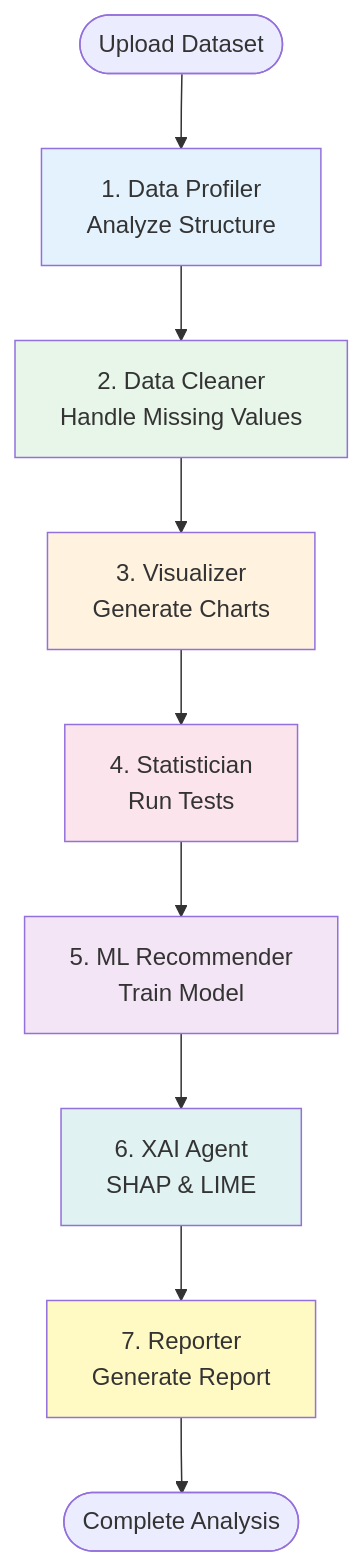
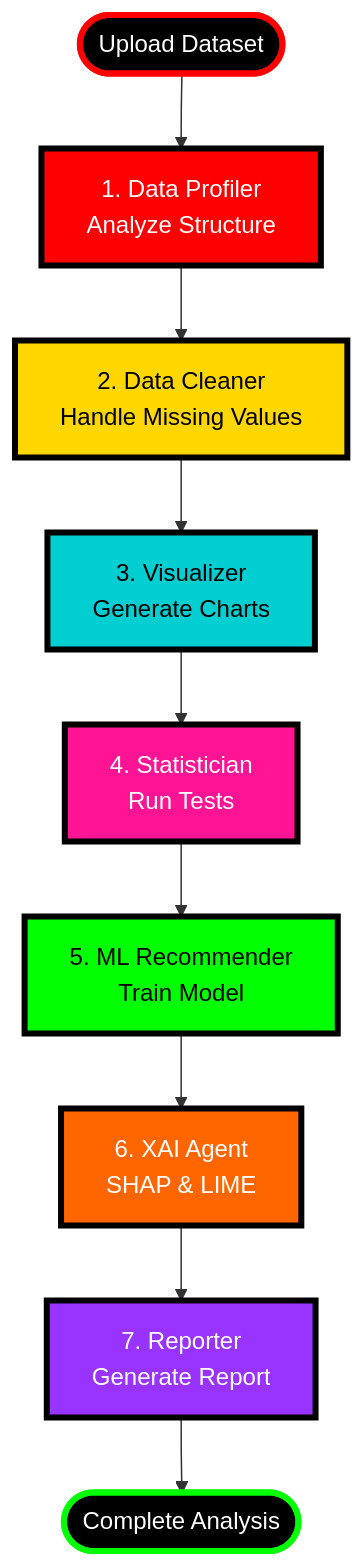
One commit to siddharth-narigra/crewai-eda-pipeline changed the second of 5 diagrams in diagram.md. Above: the diagram before and after it, drawn with Mermaid. The commit also changed other lines of this file, not shown here.

Commit message:
Details to the diagrams

````diff
--- a/diagram.md
+++ b/diagram.md
@@ -33,19 +34,21 @@
 ```mermaid
 flowchart TD
     Start([Upload Dataset]) --> Agent1[1. Data Profiler<br/>Analyze Structure]
     Agent1 --> Agent2[2. Data Cleaner<br/>Handle Missing Values]
     Agent2 --> Agent3[3. Visualizer<br/>Generate Charts]
     Agent3 --> Agent4[4. Statistician<br/>Run Tests]
     Agent4 --> Agent5[5. ML Recommender<br/>Train Model]
     Agent5 --> Agent6[6. XAI Agent<br/>SHAP & LIME]
     Agent6 --> Agent7[7. Reporter<br/>Generate Report]
     Agent7 --> End([Complete Analysis])
     
-    style Agent1 fill:#e3f2fd
-    style Agent2 fill:#e8f5e9
-    style Agent3 fill:#fff3e0
-    style Agent4 fill:#fce4ec
-    style Agent5 fill:#f3e5f5
-    style Agent6 fill:#e0f2f1
-    style Agent7 fill:#fff9c4
+    style Start fill:#000,stroke:#FF0000,stroke-width:4px,color:#fff
+    style Agent1 fill:#FF0000,stroke:#000,stroke-width:4px,color:#fff
+    style Agent2 fill:#FFD700,stroke:#000,stroke-width:4px,color:#000
+    style Agent3 fill:#00CED1,stroke:#000,stroke-width:4px,color:#000
+    style Agent4 fill:#FF1493,stroke:#000,stroke-width:4px,color:#fff
+    style Agent5 fill:#00FF00,stroke:#000,stroke-width:4px,color:#000
+    style Agent6 fill:#FF6600,stroke:#000,stroke-width:4px,color:#fff
+    style Agent7 fill:#9933FF,stroke:#000,stroke-width:4px,color:#fff
+    style End fill:#000,stroke:#00FF00,stroke-width:4px,color:#fff
 ```
````
